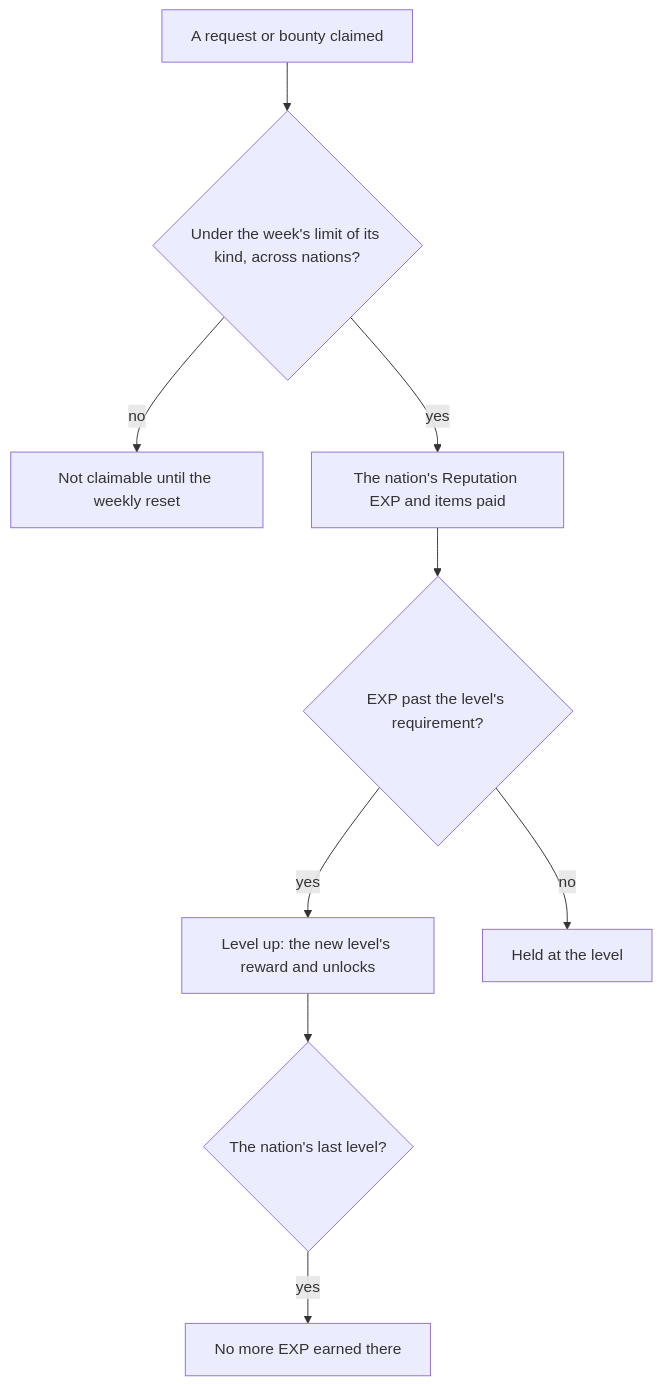
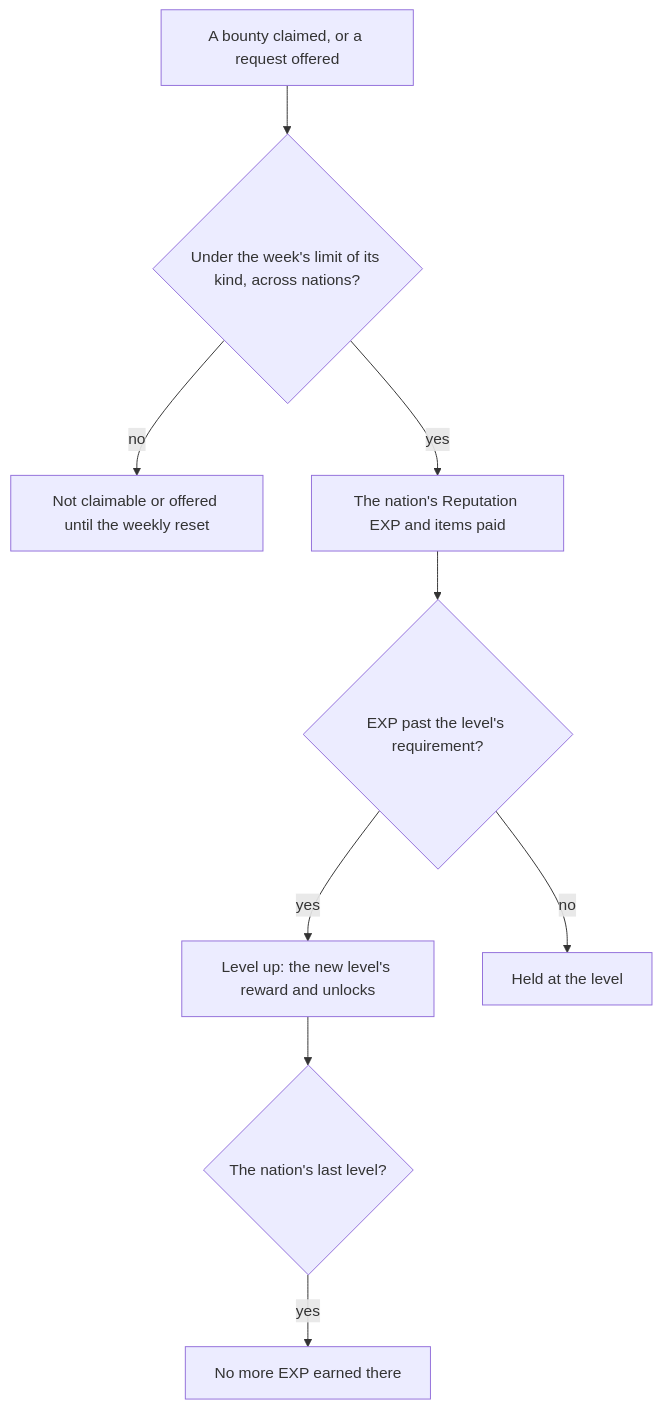
One commit to Esposter/Esposter changed the diagram in openspec/specs/genshin/reputation/design.md. Above: the diagram before and after it, drawn with Mermaid. The commit also changed other lines of this file and 6 other files, not shown here.

First line of the commit message:
feat(genshin-world): a request past the week's limit is not offered, and a request taken before it pays past it

````diff
--- a/openspec/specs/genshin/reputation/design.md
+++ b/openspec/specs/genshin/reputation/design.md
@@ -7,11 +7,11 @@
 ```mermaid
 flowchart TD
-  CLAIM["A request or bounty claimed"] --> WEEK{"Under the week's limit of its kind, across nations?"}
-  WEEK -->|"no"| SHUT["Not claimable until the weekly reset"]
+  CLAIM["A bounty claimed, or a request offered"] --> WEEK{"Under the week's limit of its kind, across nations?"}
+  WEEK -->|"no"| SHUT["Not claimable or offered until the weekly reset"]
   WEEK -->|"yes"| PAY["The nation's Reputation EXP and items paid"]
   PAY --> CARRY{"EXP past the level's requirement?"}
   CARRY -->|"yes"| UP["Level up: the new level's reward and unlocks"]
   CARRY -->|"no"| HOLD["Held at the level"]
   UP --> LAST{"The nation's last level?"}
   LAST -->|"yes"| NONE["No more EXP earned there"]
 ```
````
